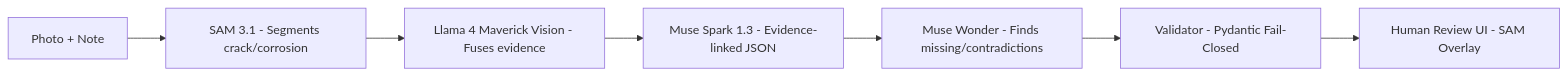
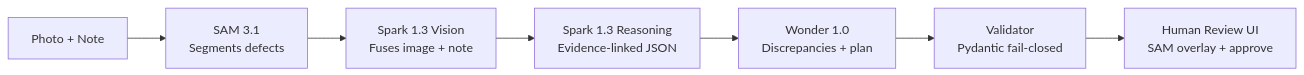
Before and after one commit to monigarr/asset-intelligence: the diagram in README.md, drawn with Mermaid. The commit also changed other lines of this file and 13 other files, not shown here.

````diff
--- a/README.md
+++ b/README.md
@@ -31,9 +55,9 @@
 ```mermaid
 flowchart LR
-    A[Photo + Note] --> B[SAM 3.1 - Segments crack/corrosion]
-    B --> C[Llama 4 Maverick Vision - Fuses evidence]
-    C --> D[Muse Spark 1.3 - Evidence-linked JSON]
-    D --> E[Muse Wonder - Finds missing/contradictions]
-    E --> F[Validator - Pydantic Fail-Closed]
-    F --> G[Human Review UI - SAM Overlay]
+    A[Photo + Note] --> B[SAM 3.1<br/>Segments defects]
+    B --> C[Spark 1.3 Vision<br/>Fuses image + note]
+    C --> D[Spark 1.3 Reasoning<br/>Evidence-linked JSON]
+    D --> E[Wonder 1.0<br/>Discrepancies + plan]
+    E --> F[Validator<br/>Pydantic fail-closed]
+    F --> G[Human Review UI<br/>SAM overlay + approve]
 ```
````
